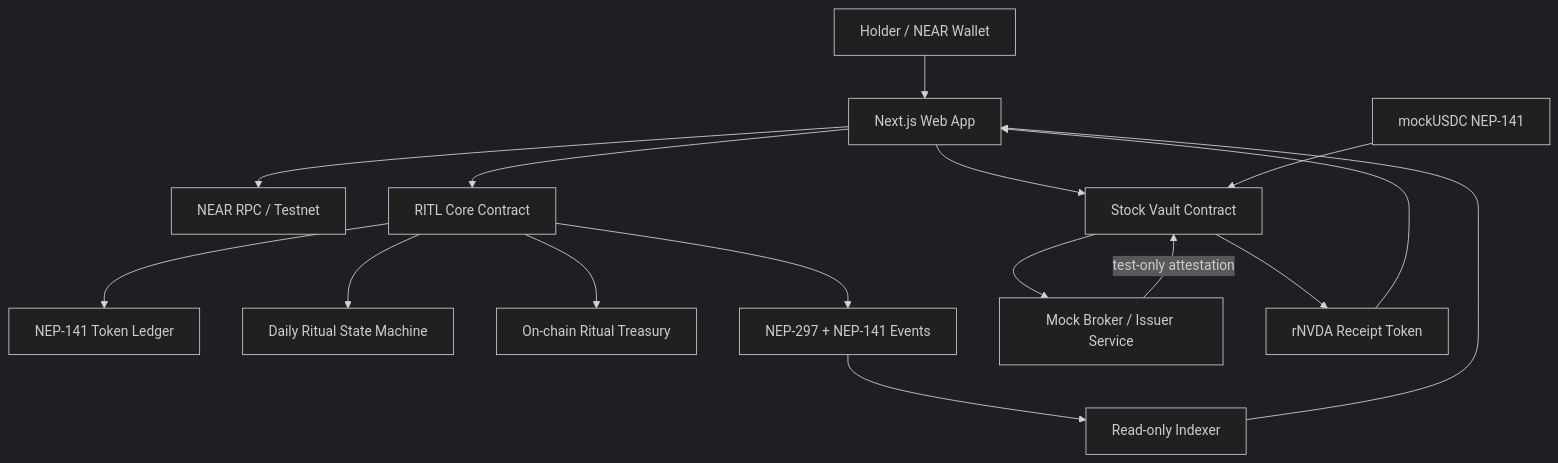
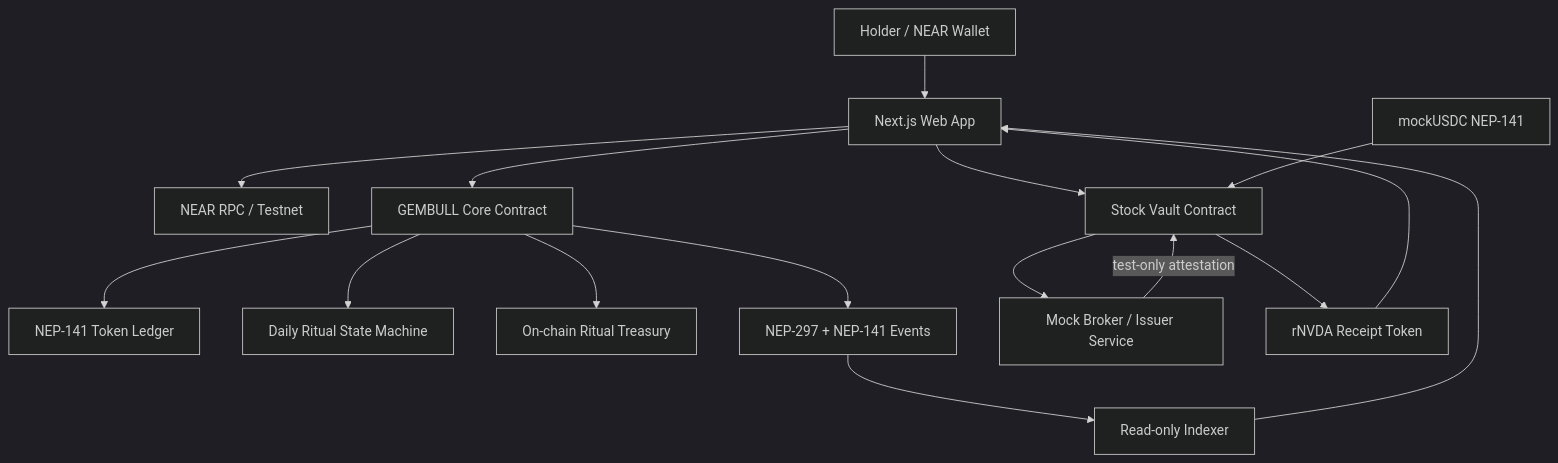
Before and after one commit to kikik27/gembull: the first of 4 diagrams in docs/TECHNICAL_ARCHITECTURE.md, drawn with Mermaid (dark theme). The commit also changed other lines of this file and 118 other files, not shown here.

````diff
--- a/docs/TECHNICAL_ARCHITECTURE.md
+++ b/docs/TECHNICAL_ARCHITECTURE.md
@@ -13,18 +13,18 @@
 ```mermaid
 flowchart TD
     U[Holder / NEAR Wallet] --> FE[Next.js Web App]
     FE --> RPC[NEAR RPC / Testnet]
-    FE --> CORE[RITL Core Contract]
+    FE --> CORE[GEMBULL Core Contract]
     CORE --> FT[NEP-141 Token Ledger]
     CORE --> RITUAL[Daily Ritual State Machine]
     CORE --> TR[On-chain Ritual Treasury]
     CORE --> EVT[NEP-297 + NEP-141 Events]
     EVT --> IDX[Read-only Indexer]
     IDX --> FE
     FE --> SV[Stock Vault Contract]
     MU[mockUSDC NEP-141] --> SV
     SV --> MOCK[Mock Broker / Issuer Service]
     MOCK -->|test-only attestation| SV
     SV --> RT[rNVDA Receipt Token]
     RT --> FE
 ```
````
